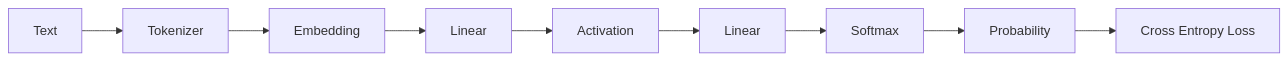
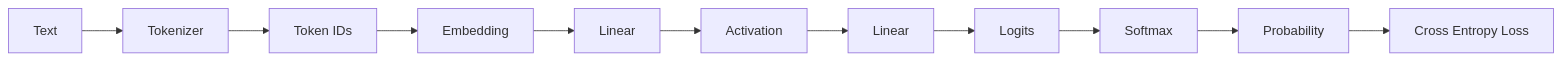
One commit to AI-learning-simple/Build-Your-Own-LLM changed the ninth of 9 diagrams in 1. LLM基础/4. 神经网络——从神经元到 MLP.md. Above: the diagram before and after it, drawn with Mermaid. The commit also changed other lines of this file and 60 other files, not shown here.

````diff
--- a/1. LLM基础/4. 神经网络——从神经元到 MLP.md
+++ b/1. LLM基础/4. 神经网络——从神经元到 MLP.md
@@ -578,4 +360,8 @@
 ```mermaid
 flowchart LR
-    A[Text] --> B[Tokenizer] --> C[Embedding] --> D[Linear] --> E[Activation] --> F[Linear] --> G[Softmax] --> H[Probability] --> I["Cross Entropy Loss"]
+    A[Text] --> B[Tokenizer] --> C[Token IDs]
+    C --> D[Embedding] --> E[Linear]
+    E --> F[Activation] --> G[Linear]
+    G --> H[Logits] --> I[Softmax]
+    I --> J[Probability] --> K[Cross Entropy Loss]
 ```
````
